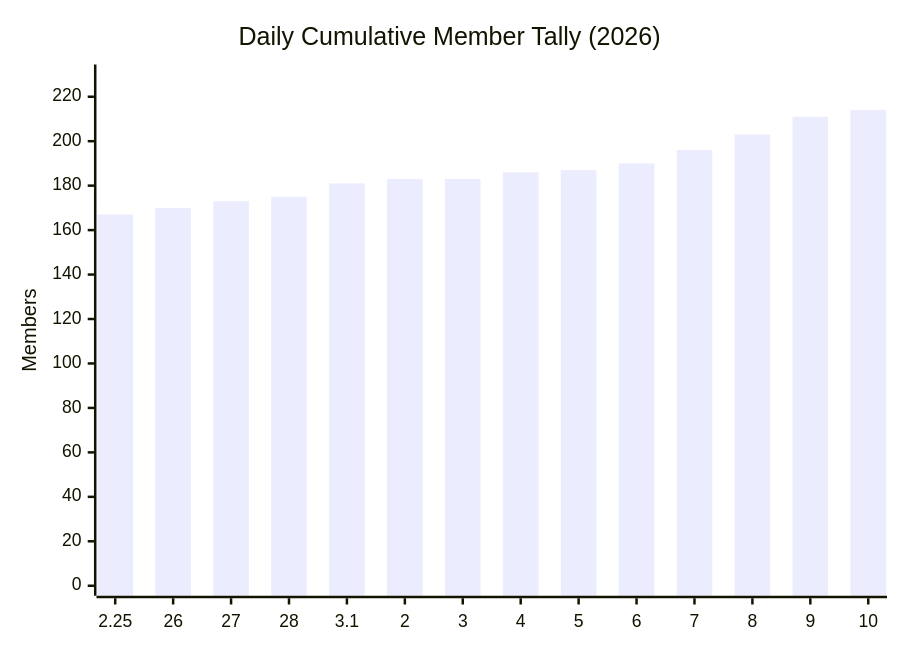
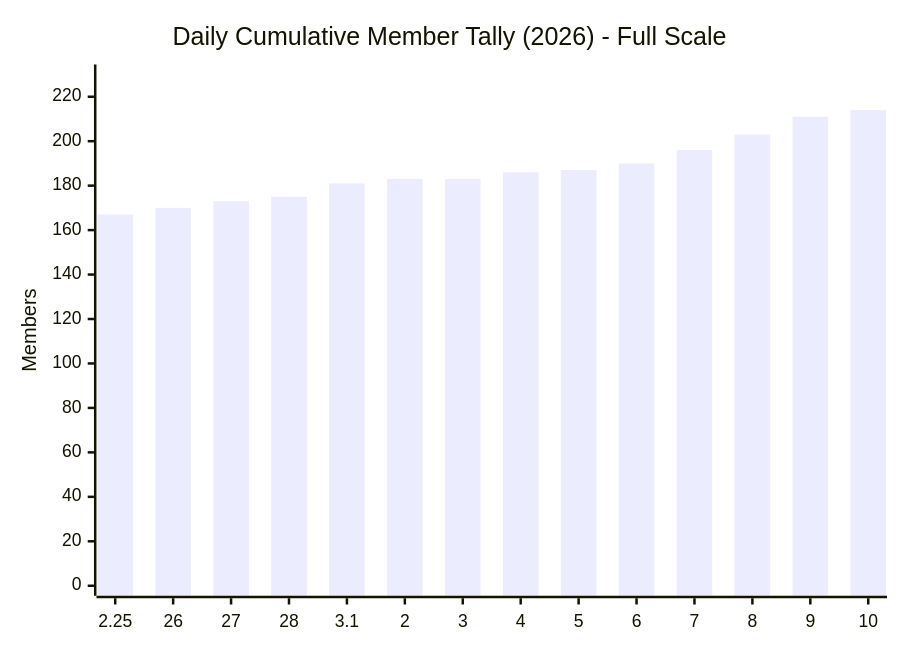
The first of 3 diagrams in docs/daily-cumulative-member-tally-2026.md (MattSherwood/March-web), drawn with Mermaid before and after one commit. The commit also changed other lines of this file and 2 other files, not shown here.

Commit message:
Add full, zoomed, and daily-change tally charts

````diff
--- a/docs/daily-cumulative-member-tally-2026.md
+++ b/docs/daily-cumulative-member-tally-2026.md
@@ -3,7 +5,7 @@
 ```mermaid
 xychart-beta
-  title "Daily Cumulative Member Tally (2026)"
+    title "Daily Cumulative Member Tally (2026) - Full Scale"
   x-axis ["2.25", "26", "27", "28", "3.1", "2", "3", "4", "5", "6", "7", "8", "9", "10"]
   y-axis "Members" 0 --> 230
   bar [167, 170, 173, 175, 181, 183, 183, 186, 187, 190, 196, 203, 211, 214]
 ```
````
